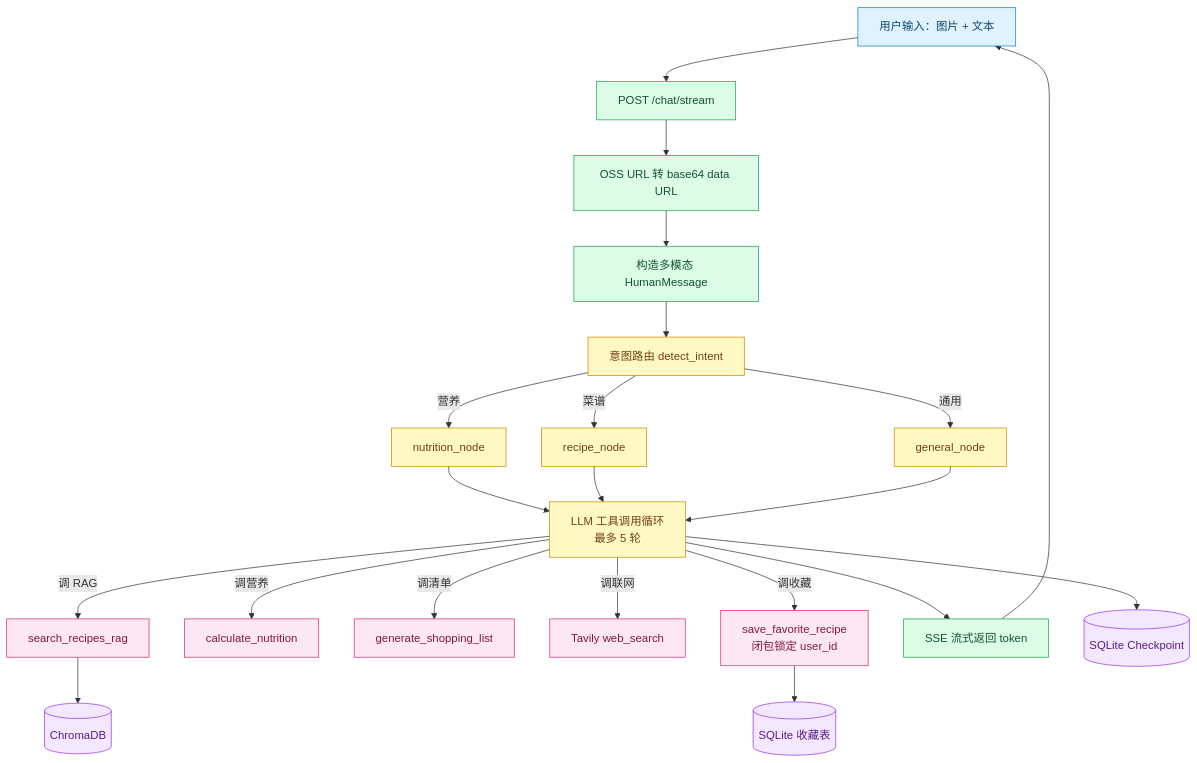
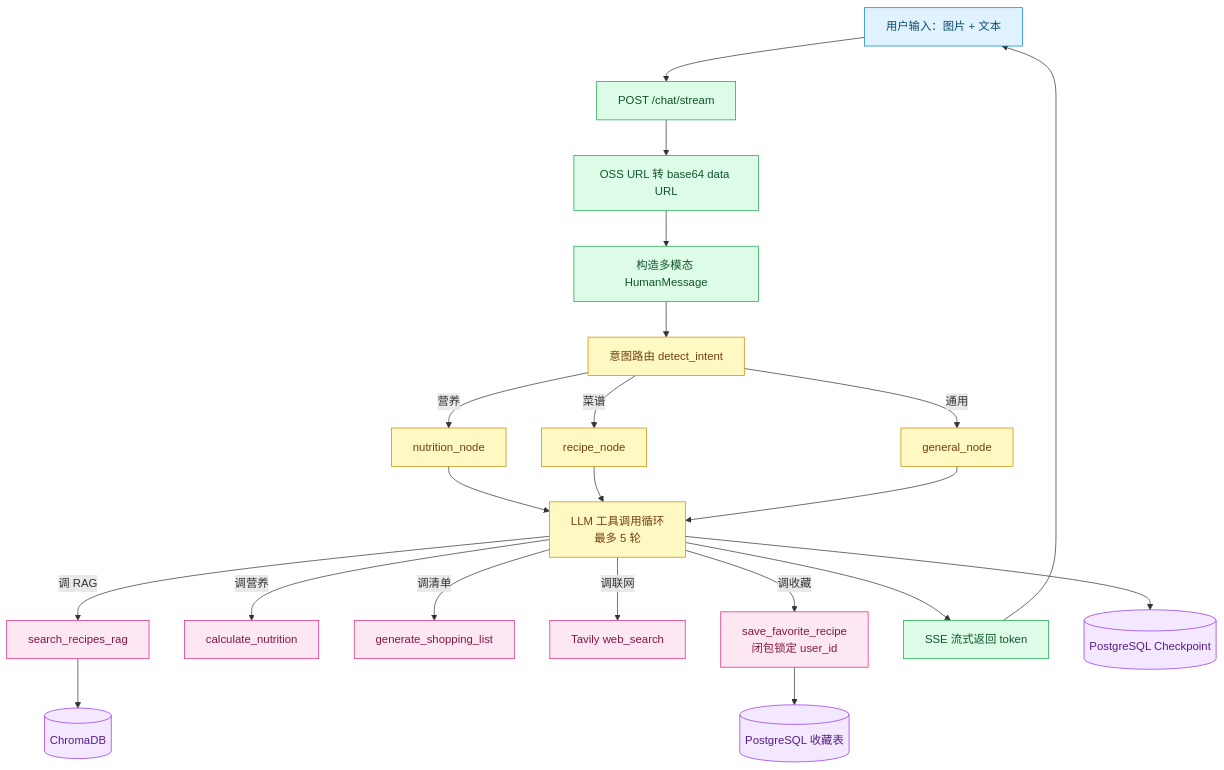
One commit to Wangdake00/zhishan-ai-cooking-agent changed the third of 3 diagrams in README.md. Above: the diagram before and after it, drawn with Mermaid. The commit also changed other lines of this file and 31 other files, not shown here.

First line of the commit message:
feat: 迁移 PostgreSQL 17 并完成安全加固与稳定性修复

````diff
--- a/README.md
+++ b/README.md
@@ -340,27 +349,27 @@
 ```mermaid
 flowchart TD
     classDef user fill:#e0f2fe,stroke:#0284c7,color:#0c4a6e
     classDef api fill:#dcfce7,stroke:#16a34a,color:#14532d
     classDef agent fill:#fef9c3,stroke:#ca8a04,color:#713f12
     classDef tool fill:#fce7f3,stroke:#db2777,color:#831843
     classDef store fill:#f3e8ff,stroke:#9333ea,color:#581c87
 
     U[用户输入：图片 + 文本]:::user --> API[POST /chat/stream]:::api
     API --> IMG[OSS URL 转 base64 data URL]:::api
     IMG --> MSG[构造多模态 HumanMessage]:::api
     MSG --> ROUTE[意图路由 detect_intent]:::agent
     ROUTE -->|营养| N[nutrition_node]:::agent
     ROUTE -->|菜谱| R[recipe_node]:::agent
     ROUTE -->|通用| G[general_node]:::agent
     N & R & G --> LOOP[LLM 工具调用循环<br/>最多 5 轮]:::agent
     LOOP -->|调 RAG| RAG[search_recipes_rag]:::tool
     LOOP -->|调营养| CAL[calculate_nutrition]:::tool
     LOOP -->|调清单| LIST[generate_shopping_list]:::tool
     LOOP -->|调联网| WEB[Tavily web_search]:::tool
     LOOP -->|调收藏| FAV[save_favorite_recipe<br/>闭包锁定 user_id]:::tool
     RAG --> CHROMA[(ChromaDB)]:::store
-    FAV --> SQL[(SQLite 收藏表)]:::store
+    FAV --> SQL[(PostgreSQL 收藏表)]:::store
     LOOP --> SSE[SSE 流式返回 token]:::api
     SSE --> U
-    LOOP --> CP[(SQLite Checkpoint)]:::store
+    LOOP --> CP[(PostgreSQL Checkpoint)]:::store
 ```
````
